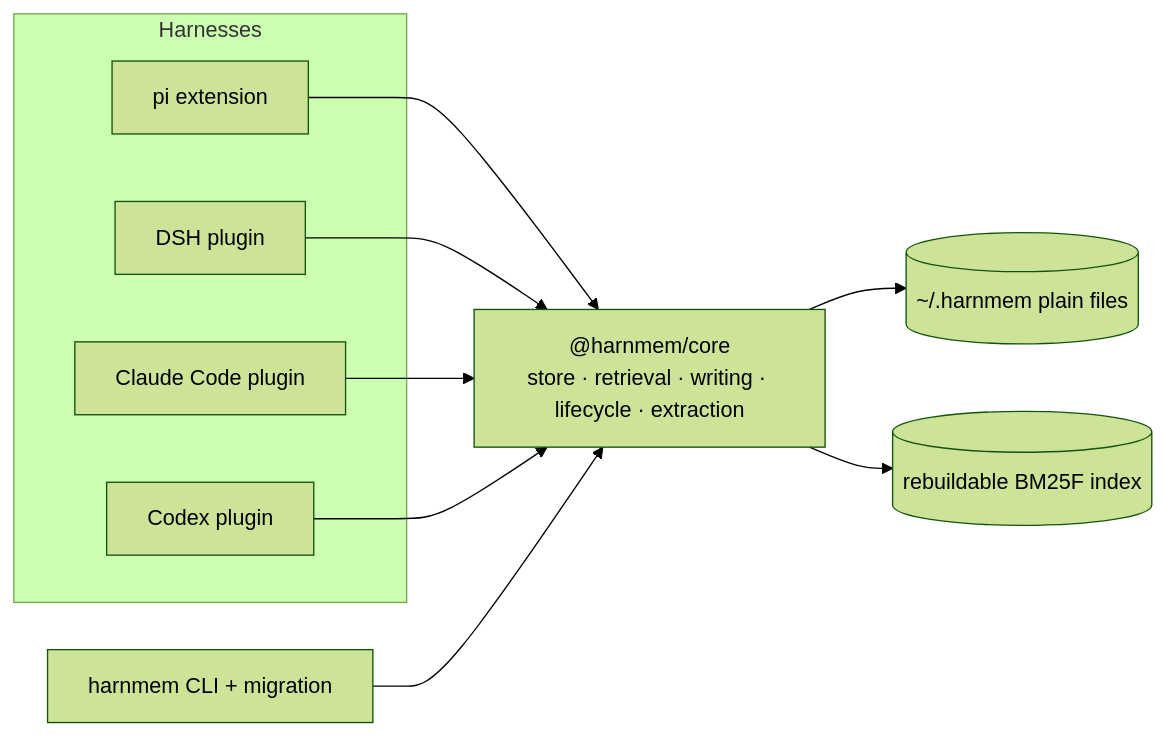
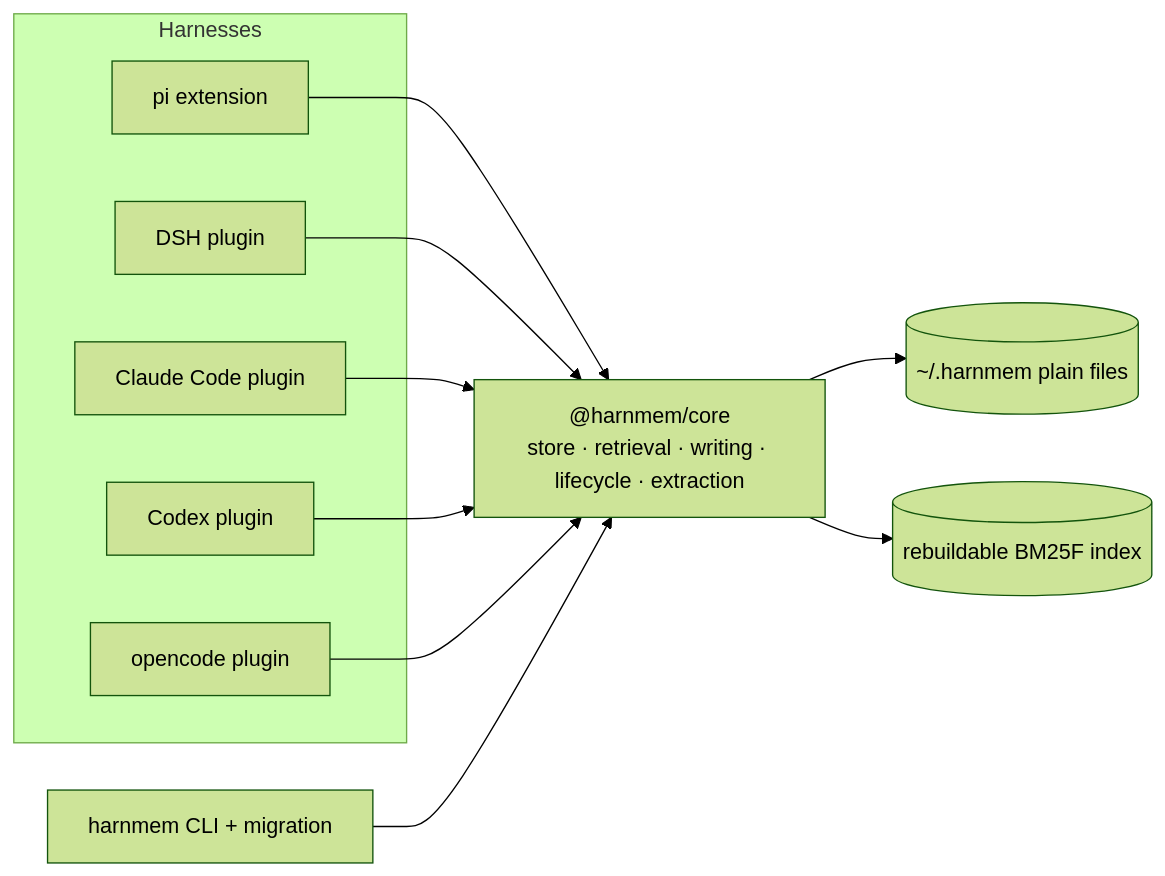
Before and after one commit to ys118/harnmem: the diagram in README.md, drawn with Mermaid (forest theme). The commit also changed other lines of this file, not shown here.

````diff
--- a/README.md
+++ b/README.md
@@ -238,18 +243,20 @@
 ```mermaid
 flowchart LR
   subgraph Harnesses
     PI[pi extension]
     DSH[DSH plugin]
     CC[Claude Code plugin]
     CX[Codex plugin]
+    OP[opencode plugin]
   end
   CLI[harnmem CLI + migration]
   CORE["@harnmem/core<br/>store · retrieval · writing · lifecycle · extraction"]
   PI --> CORE
   DSH --> CORE
   CC --> CORE
   CX --> CORE
+  OP --> CORE
   CLI --> CORE
   CORE --> STD[(~/.harnmem plain files)]
   CORE --> IDX[(rebuildable BM25F index)]
 ```
````
